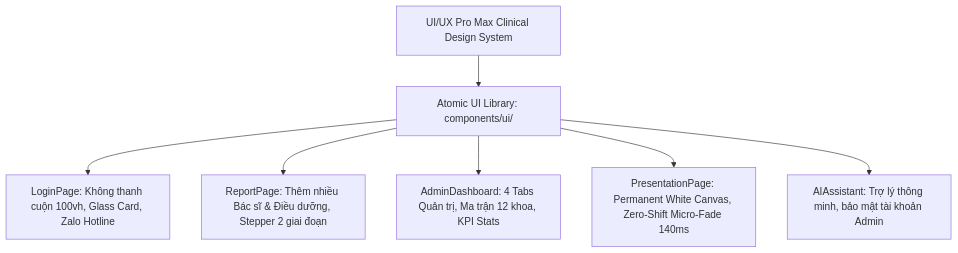
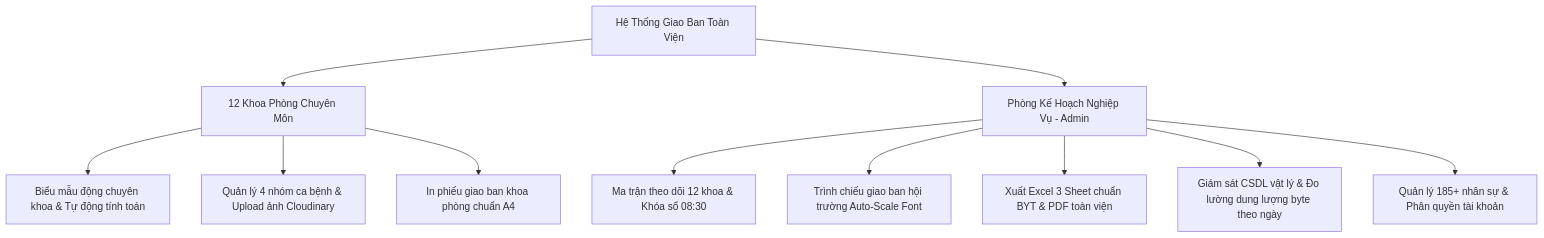
One commit to UIBreaker/Hospital-Report-System changed the diagram in README.md. Above: the diagram before and after it, drawn with Mermaid. The commit also changed other lines of this file and 3 other files, not shown here.

````diff
--- a/README.md
+++ b/README.md
@@ -35,9 +80,15 @@
 ```mermaid
 graph TD
-    A[UI/UX Pro Max Clinical Design System] --> B[Atomic UI Library: components/ui/]
-    B --> C1[LoginPage: Không thanh cuộn 100vh, Glass Card, Zalo Hotline]
-    B --> C2[ReportPage: Thêm nhiều Bác sĩ & Điều dưỡng, Stepper 2 giai đoạn]
-    B --> C3[AdminDashboard: 4 Tabs Quản trị, Ma trận 12 khoa, KPI Stats]
-    B --> C4[PresentationPage: Permanent White Canvas, Zero-Shift Micro-Fade 140ms]
-    B --> C5[AIAssistant: Trợ lý thông minh, bảo mật tài khoản Admin]
+    A[Hệ Thống Giao Ban Toàn Viện] --> B[12 Khoa Phòng Chuyên Môn]
+    A --> C[Phòng Kế Hoạch Nghiệp Vụ - Admin]
+    
+    B --> B1[Biểu mẫu động chuyên khoa & Tự động tính toán]
+    B --> B2[Quản lý 4 nhóm ca bệnh & Upload ảnh Cloudinary]
+    B --> B3[In phiếu giao ban khoa phòng chuẩn A4]
+    
+    C --> C1[Ma trận theo dõi 12 khoa & Khóa sổ 08:30]
+    C --> C2[Trình chiếu giao ban hội trường Auto-Scale Font]
+    C --> C3[Xuất Excel 3 Sheet chuẩn BYT & PDF toàn viện]
+    C --> C4[Giám sát CSDL vật lý & Đo lường dung lượng byte theo ngày]
+    C --> C5[Quản lý 185+ nhân sự & Phân quyền tài khoản]
 ```
````
